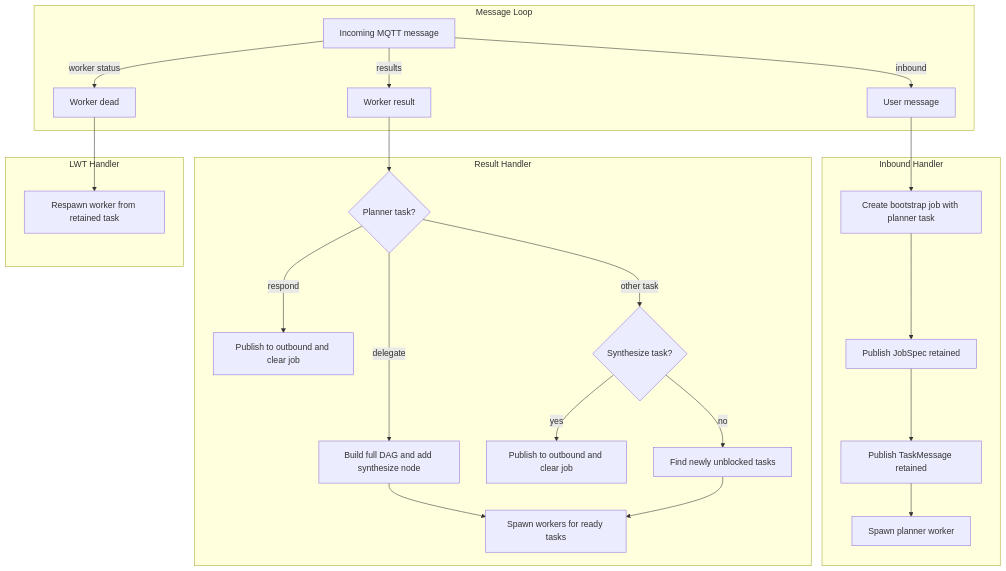
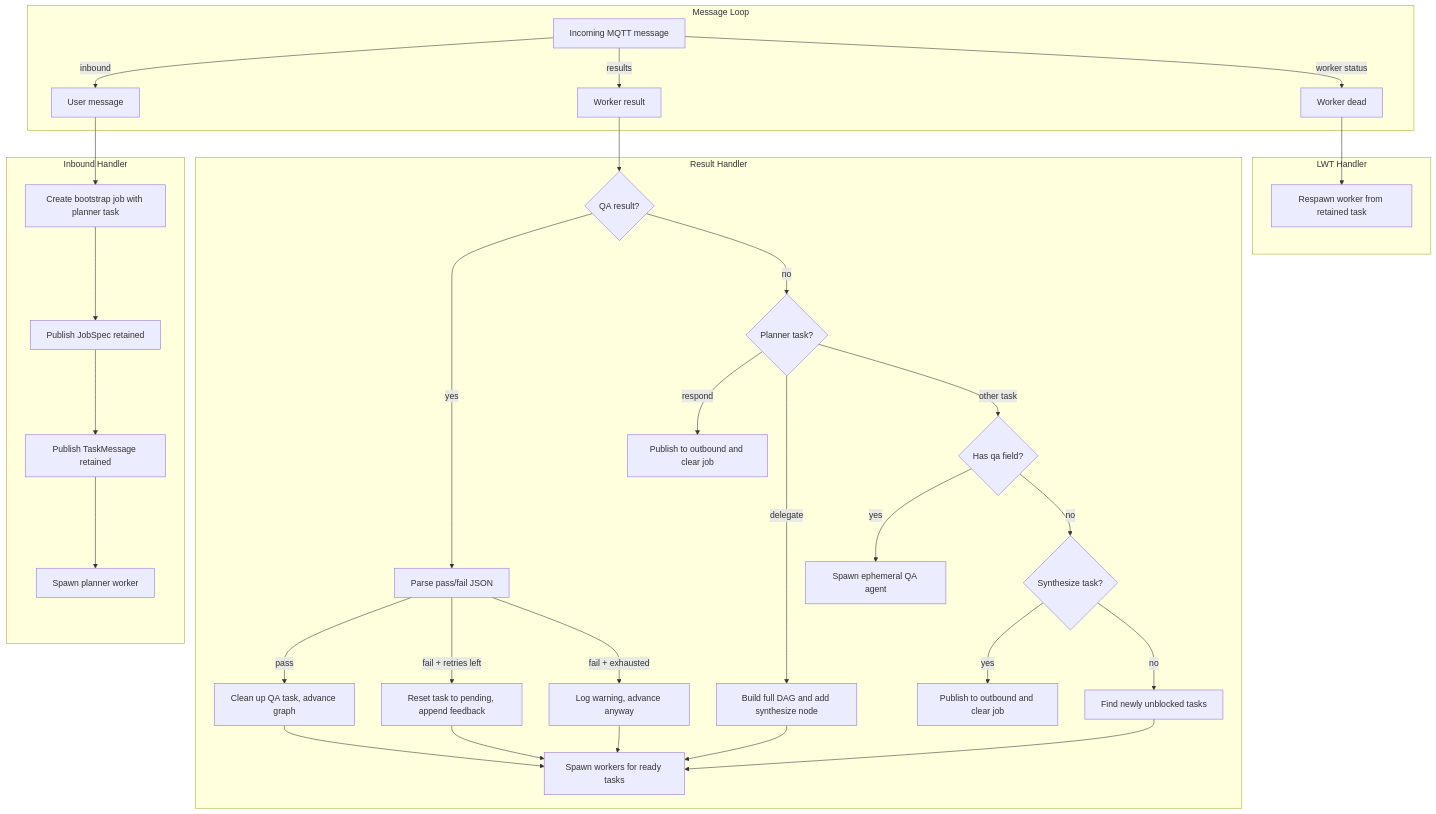
The second of 8 diagrams in docs/architecture.md (id/skitter), drawn with Mermaid before and after one commit. The commit also changed other lines of this file and 4 other files, not shown here.

````diff
--- a/docs/architecture.md
+++ b/docs/architecture.md
@@ -37,31 +41,41 @@
 ```mermaid
 flowchart TD
     subgraph Message Loop
         MSG[Incoming MQTT message]
         MSG -->|inbound| INBOUND
         MSG -->|results| RESULT
         MSG -->|worker status| LWT
     end
 
     subgraph Inbound Handler
         INBOUND[User message] --> PLAN[Create bootstrap job with planner task]
         PLAN --> PUB_JOB[Publish JobSpec retained]
         PUB_JOB --> PUB_TASK[Publish TaskMessage retained]
         PUB_TASK --> SPAWN_P[Spawn planner worker]
     end
 
     subgraph Result Handler
-        RESULT[Worker result] --> IS_PLANNER{Planner task?}
+        RESULT[Worker result] --> IS_QA{QA result?}
+        IS_QA -->|yes| QA_PARSE[Parse pass/fail JSON]
+        QA_PARSE -->|pass| QA_ADVANCE[Clean up QA task, advance graph]
+        QA_PARSE -->|fail + retries left| QA_RETRY[Reset task to pending, append feedback]
+        QA_PARSE -->|fail + exhausted| QA_FORCE[Log warning, advance anyway]
+        QA_RETRY --> SPAWN_READY
+        QA_FORCE --> SPAWN_READY
+        QA_ADVANCE --> SPAWN_READY
+        IS_QA -->|no| IS_PLANNER{Planner task?}
         IS_PLANNER -->|respond| DIRECT[Publish to outbound and clear job]
         IS_PLANNER -->|delegate| BUILD[Build full DAG and add synthesize node]
-        IS_PLANNER -->|other task| IS_SYNTH{Synthesize task?}
+        IS_PLANNER -->|other task| HAS_QA{Has qa field?}
         BUILD --> SPAWN_READY[Spawn workers for ready tasks]
+        HAS_QA -->|yes| SPAWN_QA[Spawn ephemeral QA agent]
+        HAS_QA -->|no| IS_SYNTH{Synthesize task?}
         IS_SYNTH -->|yes| FINAL[Publish to outbound and clear job]
         IS_SYNTH -->|no| ADVANCE[Find newly unblocked tasks]
         ADVANCE --> SPAWN_READY
     end
 
     subgraph LWT Handler
         LWT[Worker dead] --> RESPAWN[Respawn worker from retained task]
     end
 ```
````
